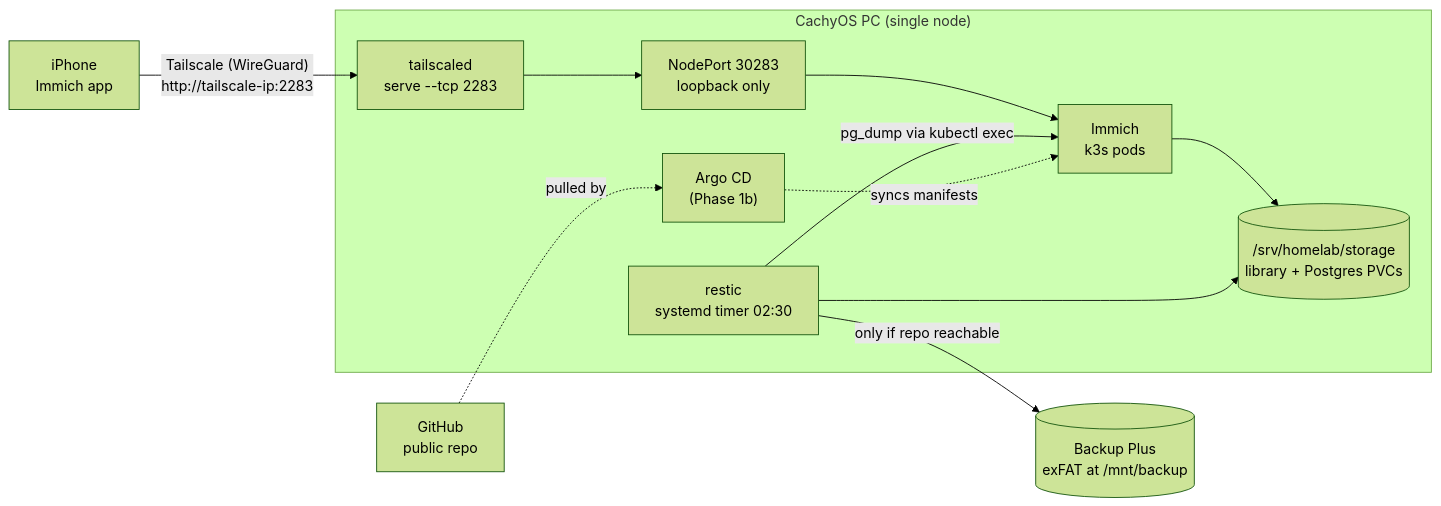
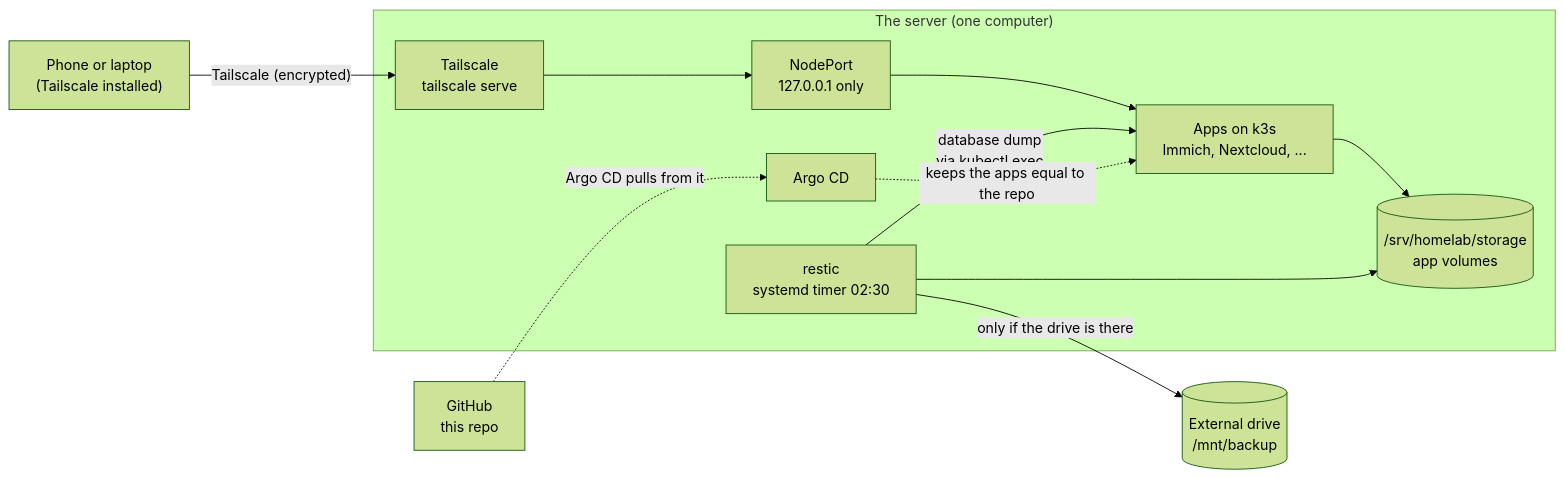
Before and after one commit to rupeshofficedata/homelab: the diagram in docs/architecture.md, drawn with Mermaid (forest theme). The commit also changed other lines of this file and 47 other files, not shown here.

````diff
--- a/docs/architecture.md
+++ b/docs/architecture.md
@@ -8,16 +7,16 @@
 ```mermaid
 flowchart LR
-  phone["iPhone<br/>Immich app"] -- "Tailscale (WireGuard)<br/>http://tailscale-ip:2283" --> ts
+  phone["Phone or laptop<br/>(Tailscale installed)"] -- "Tailscale (encrypted)" --> ts
 
-  subgraph pc["CachyOS PC (single node)"]
-    ts["tailscaled<br/>serve --tcp 2283"] --> np["NodePort 30283<br/>loopback only"]
-    np --> immich["Immich<br/>k3s pods"]
-    immich --> storage[("/srv/homelab/storage<br/>library + Postgres PVCs")]
+  subgraph pc["The server (one computer)"]
+    ts["Tailscale<br/>tailscale serve"] --> np["NodePort<br/>127.0.0.1 only"]
+    np --> apps["Apps on k3s<br/>Immich, Nextcloud, ..."]
+    apps --> storage[("/srv/homelab/storage<br/>app volumes")]
     restic["restic<br/>systemd timer 02:30"] --> storage
-    restic -- "pg_dump via kubectl exec" --> immich
-    argo["Argo CD<br/>(Phase 1b)"] -. "syncs manifests" .-> immich
+    restic -- "database dump<br/>via kubectl exec" --> apps
+    argo["Argo CD"] -. "keeps the apps equal to the repo" .-> apps
   end
 
-  restic -- "only if repo reachable" --> drive[("Backup Plus<br/>exFAT at /mnt/backup")]
-  gh["GitHub<br/>public repo"] -. "pulled by" .-> argo
+  restic -- "only if the drive is there" --> drive[("External drive<br/>/mnt/backup")]
+  gh["GitHub<br/>this repo"] -. "Argo CD pulls from it" .-> argo
 ```
````
